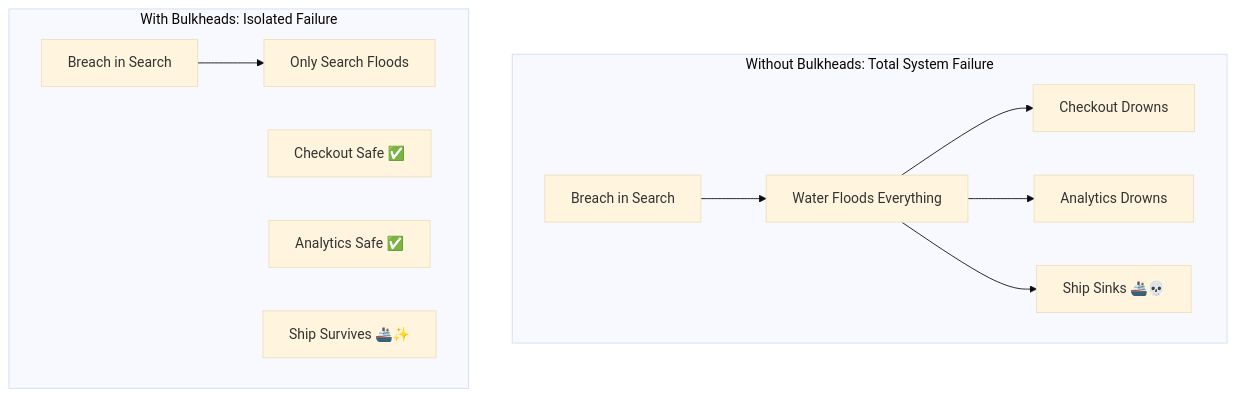
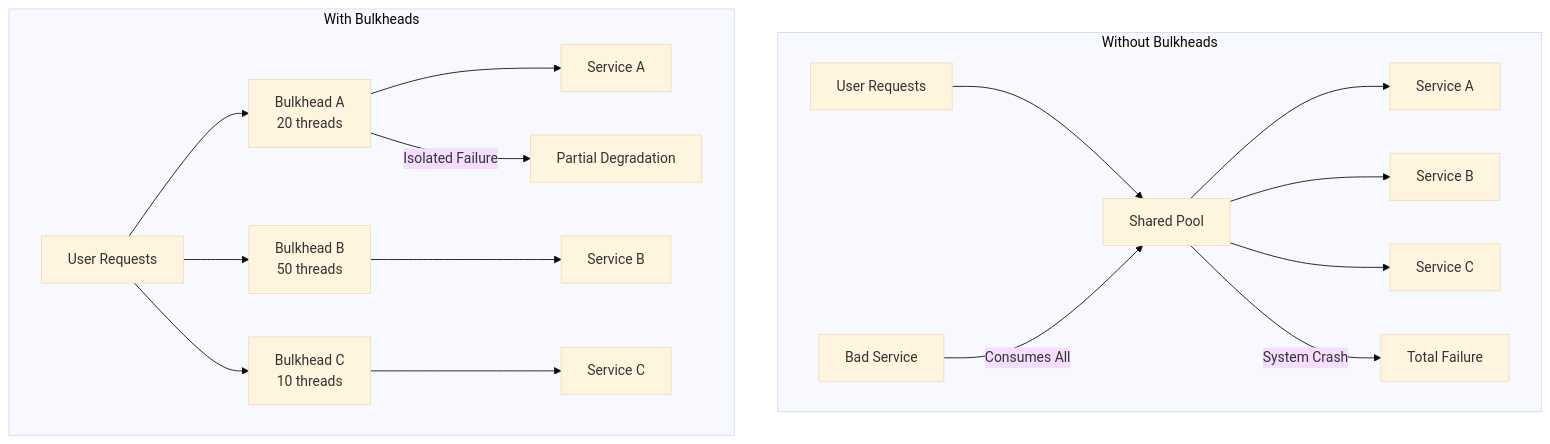
The first of 6 diagrams in docs/patterns/bulkhead.md (deepaucksharma/DStudio), drawn with Mermaid (base theme) before and after one commit. The commit also changed other lines of this file and 226 other files, not shown here.

````diff
--- a/docs/patterns/bulkhead.md
+++ b/docs/patterns/bulkhead.md
@@ -32,16 +81,21 @@
 ```mermaid
 graph TB
-    subgraph "Without Bulkheads: Total System Failure"
-        A1[Breach in Search] --> B1[Water Floods Everything]
-        B1 --> C1[Checkout Drowns]
-        B1 --> D1[Analytics Drowns]
-        B1 --> E1[Ship Sinks 🚢💀]
+    subgraph "Without Bulkheads"
+        U1[User Requests] --> SP[Shared Pool]
+        SP --> S1[Service A]
+        SP --> S2[Service B]
+        SP --> S3[Service C]
+        X[Bad Service] -->|Consumes All| SP
+        SP -->|System Crash| FAIL[Total Failure]
     end
     
-    subgraph "With Bulkheads: Isolated Failure"
-        A2[Breach in Search] --> B2[Only Search Floods]
-        C2[Checkout Safe ✅]
-        D2[Analytics Safe ✅]
-        E2[Ship Survives 🚢✨]
+    subgraph "With Bulkheads"
+        U2[User Requests] --> B1[Bulkhead A<br/>20 threads]
+        U2 --> B2[Bulkhead B<br/>50 threads]
+        U2 --> B3[Bulkhead C<br/>10 threads]
+        B1 --> SA[Service A]
+        B2 --> SB[Service B]
+        B3 --> SC[Service C]
+        B1 -->|Isolated Failure| F1[Partial Degradation]
     end
 ```
````
